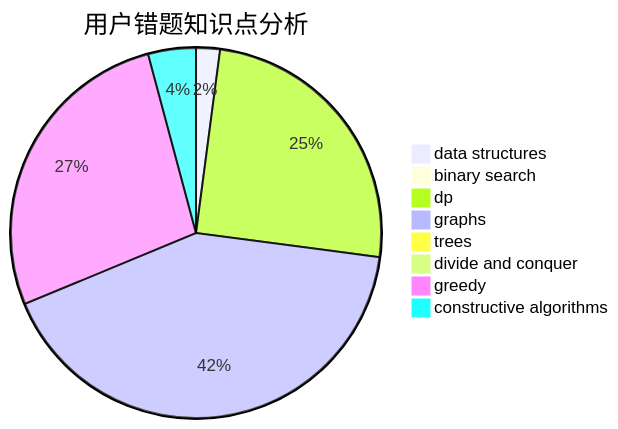
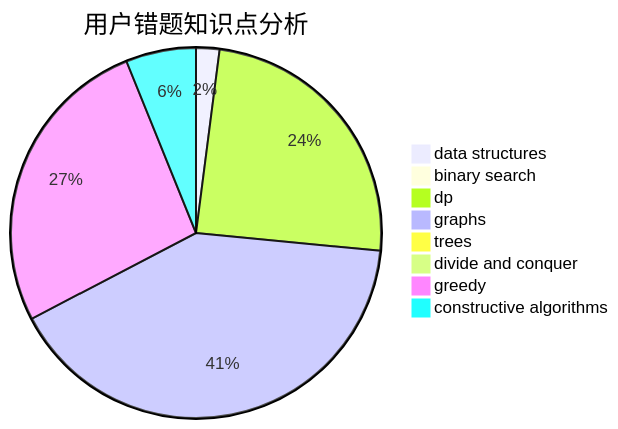
One commit to sherpahu/cfrs.github.io changed the third of 3 diagrams in docs/user/u1222.md. Above: the diagram before and after it, drawn with Mermaid. The commit also changed other lines of this file and 2770 other files, not shown here.

````diff
--- a/docs/user/u1222.md
+++ b/docs/user/u1222.md
@@ -36,11 +36,11 @@
 ```mermaid
 pie title 用户错题知识点分析
     "data structures" :  1
     "binary search" :  0
     "dp" :  12
     "graphs" :  20
     "trees" :  0
     "divide and conquer" :  0
     "greedy" :  13
-    "constructive algorithms" :  2
+    "constructive algorithms" :  3
 ```
````
